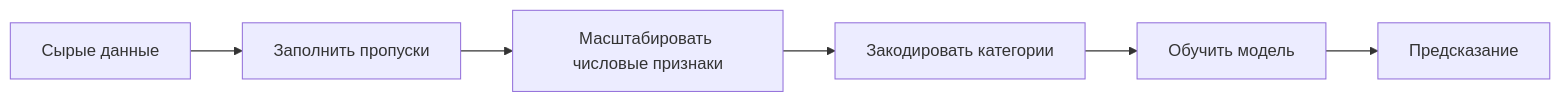
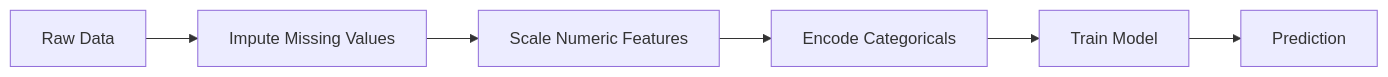
One commit to stabuev/ai-engineering-from-scratch changed the first of 2 diagrams in phases/02-ml-fundamentals/13-ml-pipelines/docs/ru.md. Above: the diagram before and after it, drawn with Mermaid. The commit also changed other lines of this file and 182 other files, not shown here.

````diff
--- a/phases/02-ml-fundamentals/13-ml-pipelines/docs/ru.md
+++ b/phases/02-ml-fundamentals/13-ml-pipelines/docs/ru.md
@@ -31,8 +31,8 @@
 ```mermaid
 flowchart LR
-    A[Сырые данные] --> B[Заполнить пропуски]
-    B --> C[Масштабировать числовые признаки]
-    C --> D[Закодировать категории]
-    D --> E[Обучить модель]
-    E --> F[Предсказание]
+    A[Raw Data] --> B[Impute Missing Values]
+    B --> C[Scale Numeric Features]
+    C --> D[Encode Categoricals]
+    D --> E[Train Model]
+    E --> F[Prediction]
 ```
````
